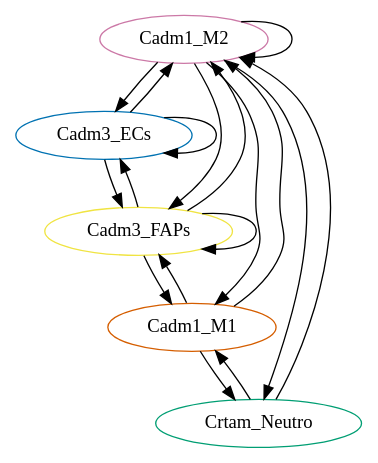
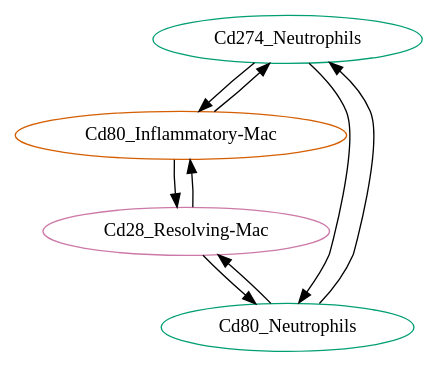
The diagram in networks_explore/propertiesYoung/cycle_D2.dot (LeGrand-Lab/BulkAnalysis_plusNetwork), drawn with Graphviz before and after one commit. The commit also changed 25444 other files, not shown here.

```diff
--- a/networks_explore/propertiesYoung/cycle_D2.dot
+++ b/networks_explore/propertiesYoung/cycle_D2.dot
@@ -1,78 +1,46 @@
-digraph "" {
-	Cadm1_M2	[averagexp=0.4333912691303236,
-		celltype=M2,
+strict digraph "" {
+	Cd274_Neutrophils	[celltype=Neutrophils,
+		color="#009E73",
+		genesym=Cd274,
+		nodetype=sender,
+		specificity=0.6176064445953491];
+	"Cd80_Inflammatory-Mac"	[celltype="Inflammatory-Mac",
+		color="#D55E00",
+		genesym=Cd80,
+		nodetype=receiver,
+		specificity=0.2329635276189966];
+	Cd274_Neutrophils -> "Cd80_Inflammatory-Mac"	[ecolor="#009E73",
+		origtype=Cd274_Neutrophils,
+		weight=0.1438797760131589];
+	Cd80_Neutrophils	[celltype=Neutrophils,
+		color="#009E73",
+		genesym=Cd80,
+		nodetype=receiver,
+		specificity=0.6628648713262609];
+	Cd274_Neutrophils -> Cd80_Neutrophils	[ecolor="#009E73",
+		origtype=Cd274_Neutrophils,
+		weight=0.4093896164269656];
+	"Cd28_Resolving-Mac"	[celltype="Resolving-Mac",
 		color="#CC79A7",
-		genesym=Cadm1,
-		nodetype=receiver];
-	Cadm1_M2 -> Cadm1_M2	[ecolor="#CC79A7",
-		origtype=Cadm1_M2,
-		weight=0.1878279921583925];
-	Cadm3_ECs	[averagexp=0.3177102277270478,
-		celltype=ECs,
-		color="#0072B2",
-		genesym=Cadm3,
-		nodetype=receiver];
-	Cadm1_M2 -> Cadm3_ECs	[ecolor="#CC79A7",
-		origtype=Cadm1_M2,
-		weight=0.1376928388103093];
-	Crtam_Neutro	[averagexp=0.5427557308636116,
-		celltype=Neutro,
-		color="#009E73",
-		genesym=Crtam,
-		nodetype=sender];
-	Cadm1_M2 -> Crtam_Neutro	[ecolor="#CC79A7",
-		origtype=Cadm1_M2,
-		weight=0.235225595026737];
-	Cadm3_FAPs	[averagexp=0.4801038431365237,
-		celltype=FAPs,
-		color="#F0E442",
-		genesym=Cadm3,
-		nodetype=receiver];
-	Cadm1_M2 -> Cadm3_FAPs	[ecolor="#CC79A7",
-		origtype=Cadm1_M2,
-		weight=0.2080728138912838];
-	Cadm1_M1	[averagexp=0.2509703489935885,
-		celltype=M1,
-		color="#D55E00",
-		genesym=Cadm1,
-		nodetype=receiver];
-	Cadm1_M2 -> Cadm1_M1	[ecolor="#CC79A7",
-		origtype=Cadm1_M2,
-		weight=0.1087683580644115];
-	Cadm3_ECs -> Cadm1_M2	[ecolor="#0072B2",
-		origtype=Cadm3_ECs,
-		weight=0.1376928388103093];
-	Cadm3_ECs -> Cadm3_ECs	[ecolor="#0072B2",
-		origtype=Cadm3_ECs,
-		weight=0.1009397888023725];
-	Cadm3_ECs -> Cadm3_FAPs	[ecolor="#0072B2",
-		origtype=Cadm3_ECs,
-		weight=0.1525339013355357];
-	Crtam_Neutro -> Cadm1_M2	[ecolor="#009E73",
-		origtype=Crtam_Neutro,
-		weight=0.235225595026737];
-	Crtam_Neutro -> Cadm1_M1	[ecolor="#009E73",
-		origtype=Crtam_Neutro,
-		weight=0.1362155951931108];
-	Cadm3_FAPs -> Cadm1_M2	[ecolor="#F0E442",
-		origtype=Cadm3_FAPs,
-		weight=0.2080728138912838];
-	Cadm3_FAPs -> Cadm3_ECs	[ecolor="#F0E442",
-		origtype=Cadm3_FAPs,
-		weight=0.1525339013355357];
-	Cadm3_FAPs -> Cadm3_FAPs	[ecolor="#F0E442",
-		origtype=Cadm3_FAPs,
-		weight=0.2304997001944597];
-	Cadm3_FAPs -> Cadm1_M1	[ecolor="#F0E442",
-		origtype=Cadm3_FAPs,
-		weight=0.1204918290651364];
-	Cadm1_M1 -> Cadm1_M2	[ecolor="#D55E00",
-		origtype=Cadm1_M1,
-		weight=0.1087683580644115];
-	Cadm1_M1 -> Crtam_Neutro	[ecolor="#D55E00",
-		origtype=Cadm1_M1,
-		weight=0.1362155951931108];
-	Cadm1_M1 -> Cadm3_FAPs	[ecolor="#D55E00",
-		origtype=Cadm1_M1,
-		weight=0.1204918290651364];
+		genesym=Cd28,
+		nodetype=receiver,
+		specificity=0.5896551116296064];
+	"Cd28_Resolving-Mac" -> "Cd80_Inflammatory-Mac"	[ecolor="#CC79A7",
+		origtype="Cd28_Resolving-Mac",
+		weight=0.1373681348838063];
+	"Cd28_Resolving-Mac" -> Cd80_Neutrophils	[ecolor="#CC79A7",
+		origtype="Cd28_Resolving-Mac",
+		weight=0.3908616596972311];
+	"Cd80_Inflammatory-Mac" -> Cd274_Neutrophils	[ecolor="#D55E00",
+		origtype="Cd80_Inflammatory-Mac",
+		weight=0.1438797760131589];
+	"Cd80_Inflammatory-Mac" -> "Cd28_Resolving-Mac"	[ecolor="#D55E00",
+		origtype="Cd80_Inflammatory-Mac",
+		weight=0.1373681348838063];
+	Cd80_Neutrophils -> Cd274_Neutrophils	[ecolor="#009E73",
+		origtype=Cd80_Neutrophils,
+		weight=0.4093896164269656];
+	Cd80_Neutrophils -> "Cd28_Resolving-Mac"	[ecolor="#009E73",
+		origtype=Cd80_Neutrophils,
+		weight=0.3908616596972311];
 }
```
